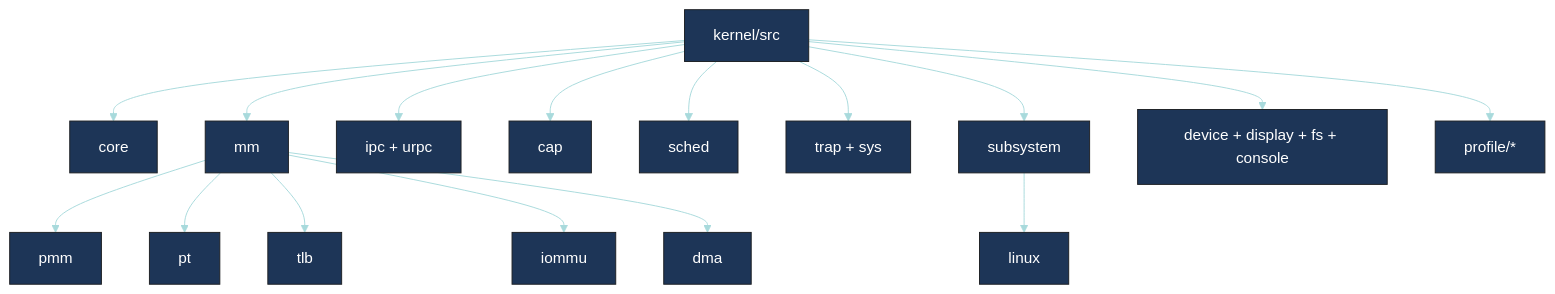
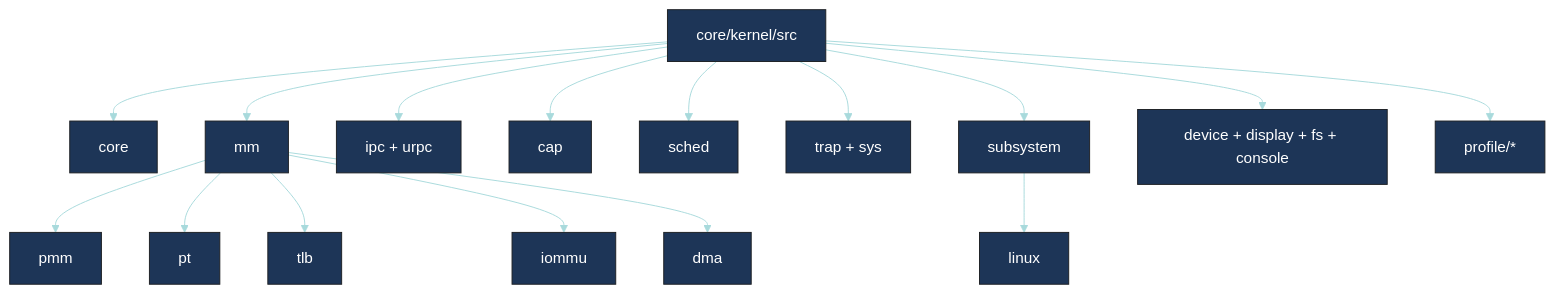
The diagram in docs/architecture/components/kernel-subcomponents-architecture.md (CloudCarpentry/Bharat-OS), drawn with Mermaid before and after one commit. The commit also changed other lines of this file and 2757 other files, not shown here.

````diff
--- a/docs/architecture/components/kernel-subcomponents-architecture.md
+++ b/docs/architecture/components/kernel-subcomponents-architecture.md
@@ -7,21 +19,21 @@
 ```mermaid
 %%{init: {'theme':'base','themeVariables':{'primaryColor':'#1d3557','primaryTextColor':'#ffffff','lineColor':'#a8dadc','fontFamily':'Inter'}}}%%
 graph TD
-    K[kernel/src] --> CORE[core]
+    K[core/kernel/src] --> CORE[core]
     K --> MM[mm]
     K --> IPC[ipc + urpc]
     K --> CAP[cap]
     K --> SCHED[sched]
     K --> TRAP[trap + sys]
     K --> SUBSYS[subsystem]
     K --> DEVICE[device + display + fs + console]
     K --> PROFILE[profile/*]
 
     MM --> PMM[pmm]
     MM --> PT[pt]
     MM --> TLB[tlb]
     MM --> IOMMU[iommu]
     MM --> DMA[dma]
 
     SUBSYS --> LINUX[linux]
 ```
````
